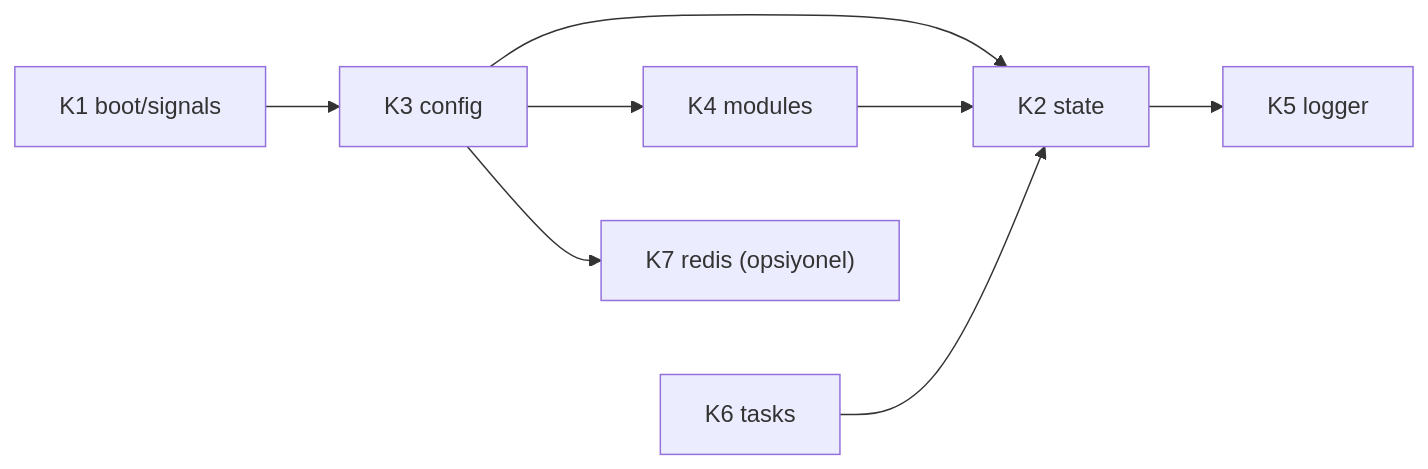
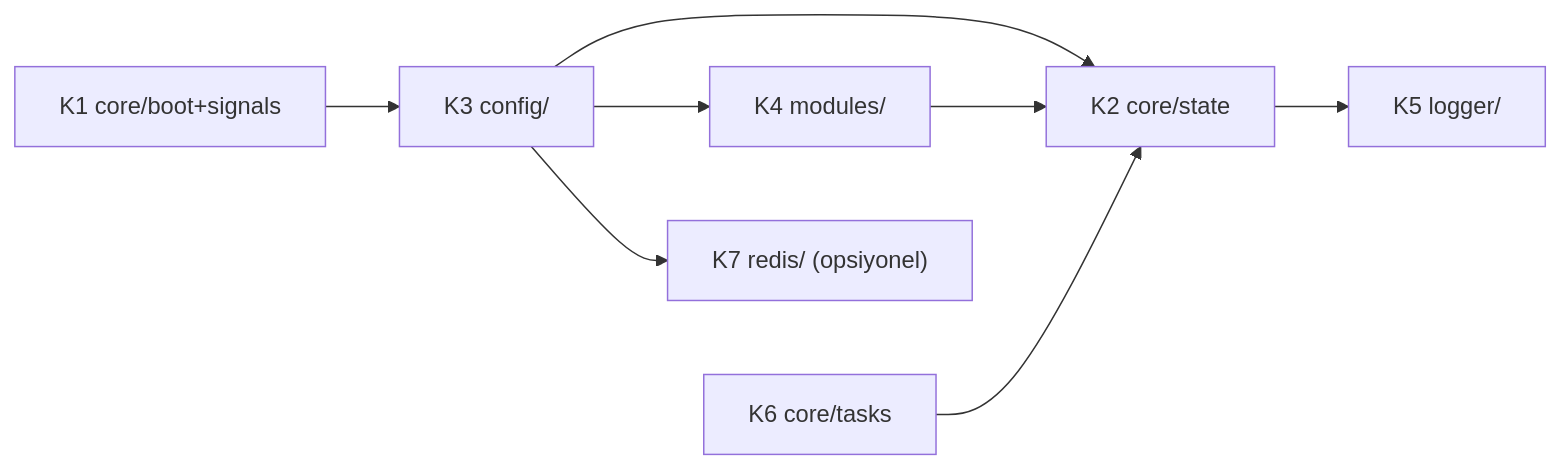
The diagram in docs/mimari/05_KONTROL_DUZLEMI_CEKIRDEK.md (zmaxserver/zmaxserver), drawn with Mermaid before and after one commit. The commit also changed other lines of this file and 6 other files, not shown here.

````diff
--- a/docs/mimari/05_KONTROL_DUZLEMI_CEKIRDEK.md
+++ b/docs/mimari/05_KONTROL_DUZLEMI_CEKIRDEK.md
@@ -5,10 +5,10 @@
 ```mermaid
 flowchart LR
-    K1["K1 boot/signals"] --> K3["K3 config"]
-    K3 --> K4["K4 modules"]
-    K3 --> K2["K2 state"]
+    K1["K1 core/boot+signals"] --> K3["K3 config/"]
+    K3 --> K4["K4 modules/"]
+    K3 --> K2["K2 core/state"]
     K4 --> K2
-    K6["K6 tasks"] --> K2
-    K2 --> K5["K5 logger"]
-    K3 --> K7["K7 redis (opsiyonel)"]
+    K6["K6 core/tasks"] --> K2
+    K2 --> K5["K5 logger/"]
+    K3 --> K7["K7 redis/ (opsiyonel)"]
 ```
````
